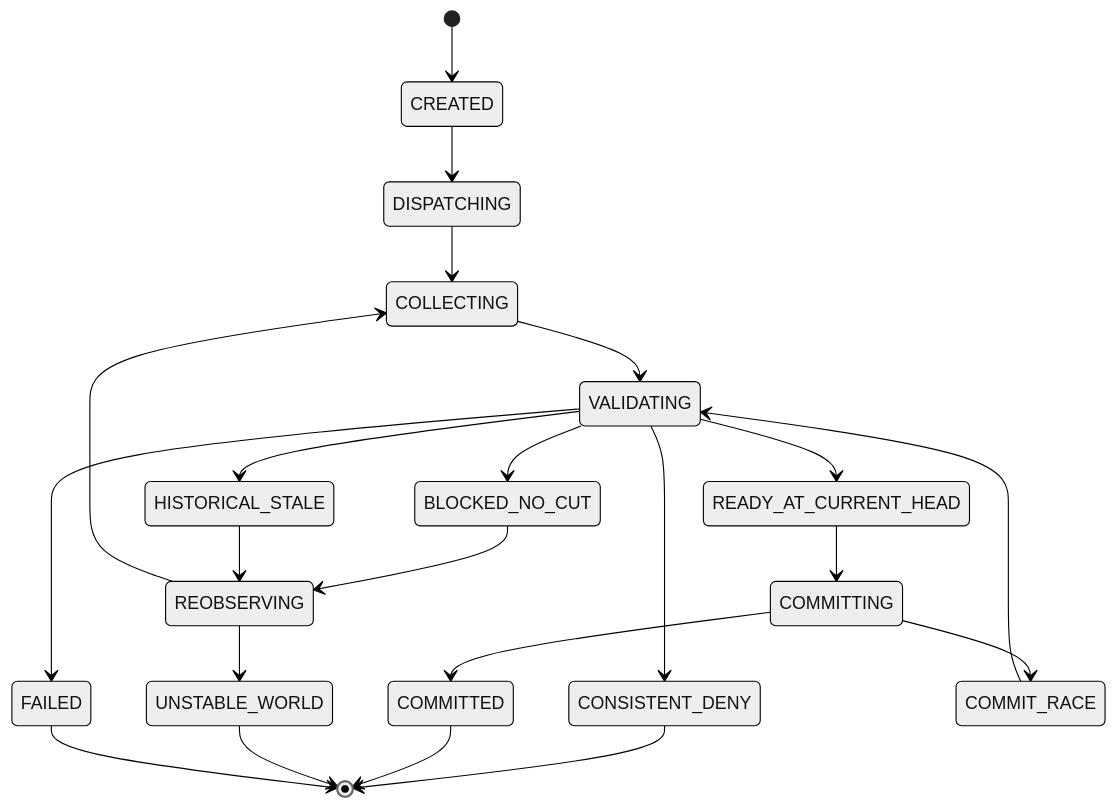
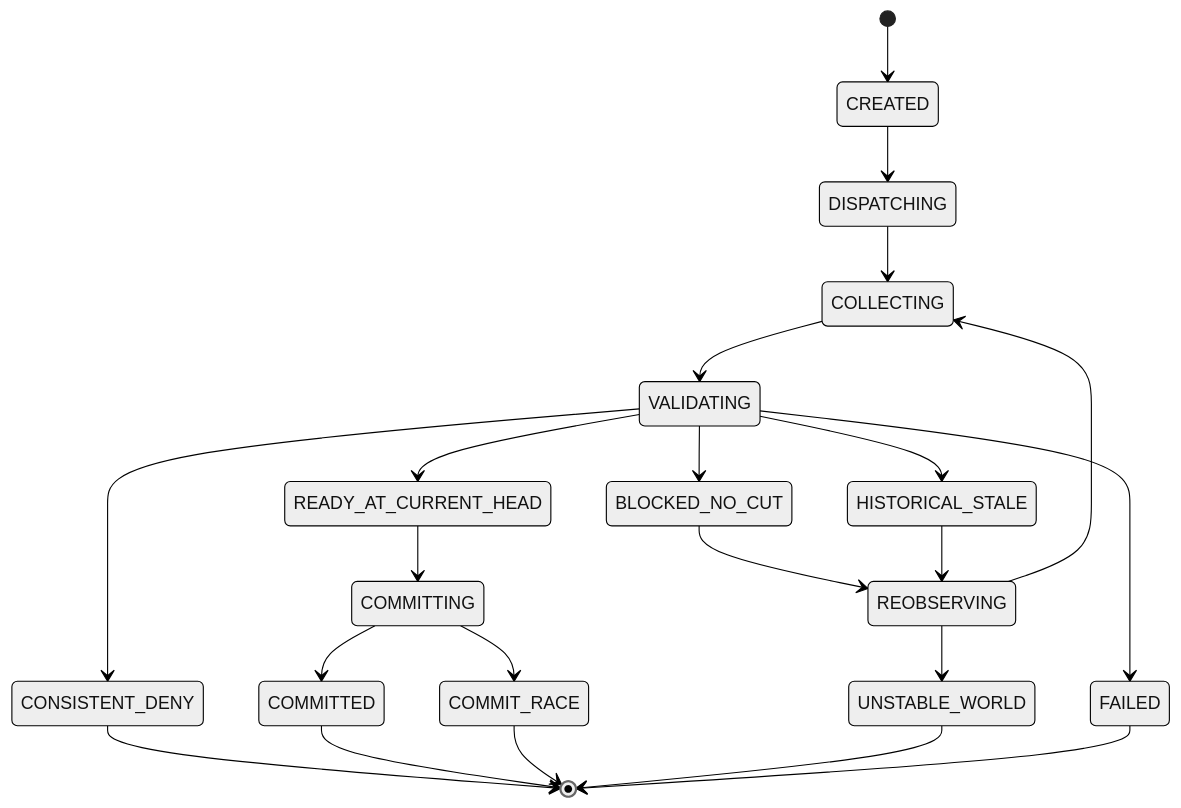
One commit to dong-runze/epochguard changed the second of 2 diagrams in docs/EPOCHGUARD_FINAL_DESIGN.md. Above: the diagram before and after it, drawn with Mermaid (neutral theme). The commit also changed other lines of this file and 1 other file, not shown here.

````diff
--- a/docs/EPOCHGUARD_FINAL_DESIGN.md
+++ b/docs/EPOCHGUARD_FINAL_DESIGN.md
@@ -1504,28 +1506,28 @@
 ```mermaid
 stateDiagram-v2
     [*] --> CREATED
     CREATED --> DISPATCHING
     DISPATCHING --> COLLECTING
     COLLECTING --> VALIDATING
 
     VALIDATING --> BLOCKED_NO_CUT
     VALIDATING --> HISTORICAL_STALE
     VALIDATING --> CONSISTENT_DENY
     VALIDATING --> READY_AT_CURRENT_HEAD
     VALIDATING --> FAILED
 
     BLOCKED_NO_CUT --> REOBSERVING
     HISTORICAL_STALE --> REOBSERVING
     REOBSERVING --> COLLECTING
     REOBSERVING --> UNSTABLE_WORLD
 
     READY_AT_CURRENT_HEAD --> COMMITTING
     COMMITTING --> COMMITTED
     COMMITTING --> COMMIT_RACE
-    COMMIT_RACE --> VALIDATING
 
     CONSISTENT_DENY --> [*]
     COMMITTED --> [*]
+    COMMIT_RACE --> [*]
     UNSTABLE_WORLD --> [*]
     FAILED --> [*]
 ```
````
